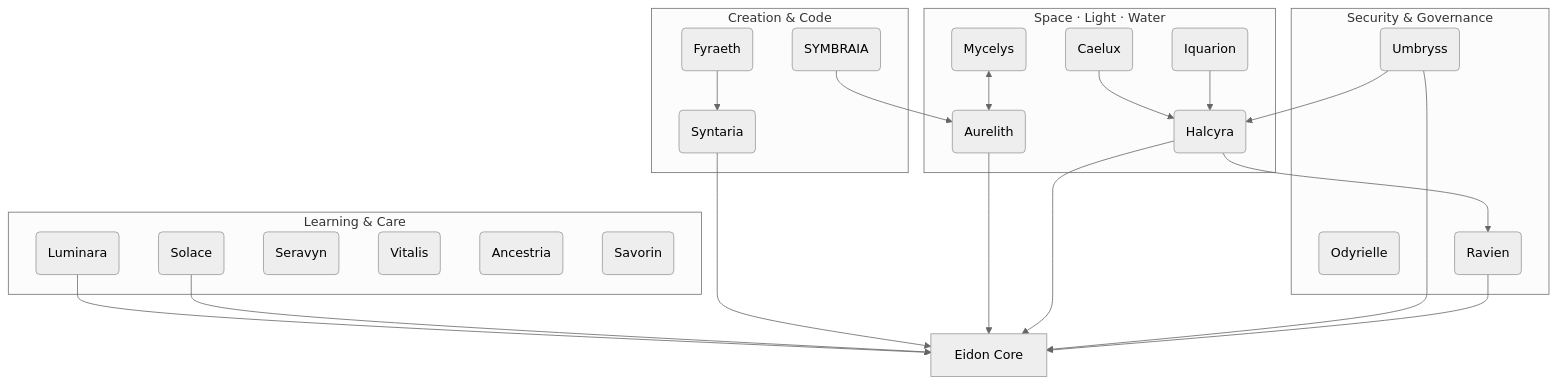
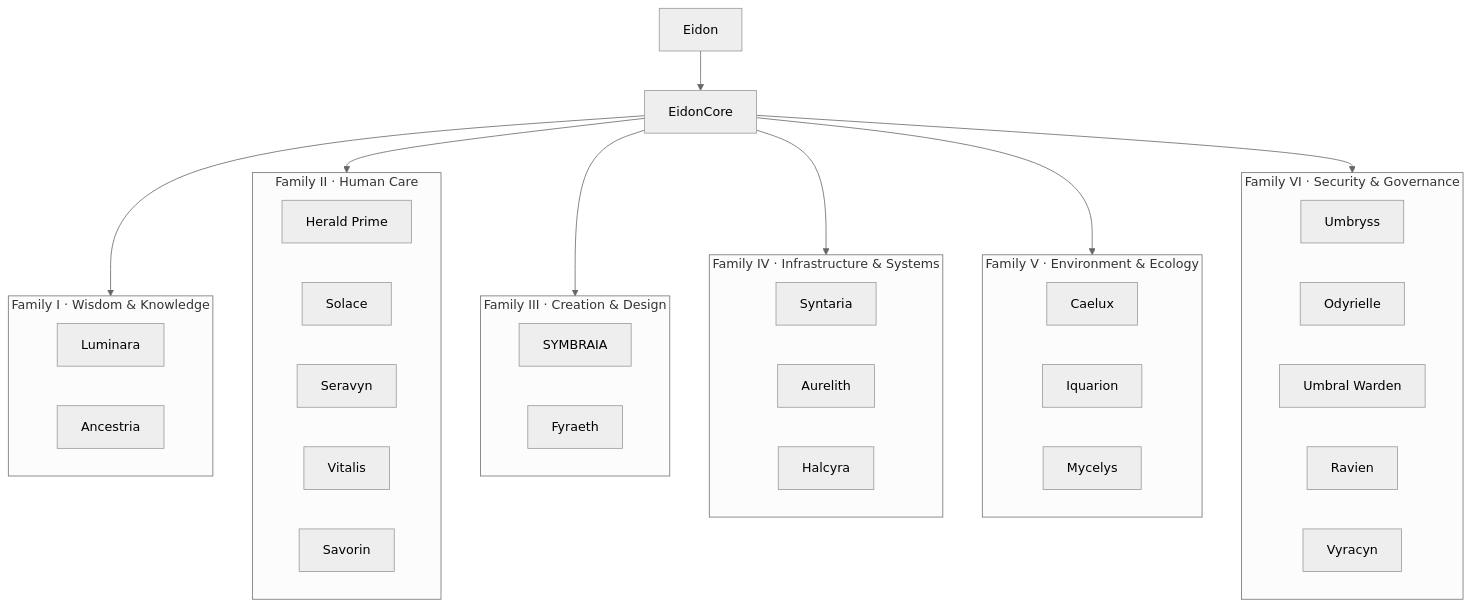
Before and after one commit to S1ngularD2ality/eidonic-language-elol: the third of 3 diagrams in docs/ekrps/README.md, drawn with Mermaid (neutral theme). The commit also changed other lines of this file, not shown here.

````diff
--- a/docs/ekrps/README.md
+++ b/docs/ekrps/README.md
@@ -137,49 +288,51 @@
 ```mermaid
 flowchart TB
-  EC[Eidon Core]
+    E[Eidon]
+    EC[EidonCore]
 
-  subgraph LC[Learning & Care]
-    LUM(Luminara)
-    SOL(Solace)
-    SER(Seravyn)
-    VIT(Vitalis)
-    ANC(Ancestria)
-    SAV(Savorin)
-  end
+    subgraph F1[Family I · Wisdom & Knowledge]
+        LUM[Luminara]
+        ANC[Ancestria]
+    end
 
-  subgraph CC[Creation & Code]
-    SYN(Syntaria)
-    SYM(SYMBRAIA)
-    FYR(Fyraeth)
-  end
+    subgraph F2[Family II · Human Care]
+        HP[Herald Prime]
+        SOL[Solace]
+        SER[Seravyn]
+        VIT[Vitalis]
+        SAV[Savorin]
+    end
 
-  subgraph SLW[Space · Light · Water]
-    AUR(Aurelith)
-    CAE(Caelux)
-    IQU(Iquarion)
-    HAL(Halcyra)
-    MYC(Mycelys)
-  end
+    subgraph F3[Family III · Creation & Design]
+        SYM[SYMBRAIA]
+        FYR[Fyraeth]
+    end
 
-  subgraph SG[Security & Governance]
-    UMB(Umbryss)
-    ODY(Odyrielle)
-    RAV(Ravien)
-  end
+    subgraph F4[Family IV · Infrastructure & Systems]
+        SYN[Syntaria]
+        AUR[Aurelith]
+        HAL[Halcyra]
+    end
 
-  LUM --> EC
-  SOL --> EC
-  SYN --> EC
-  AUR --> EC
-  HAL --> EC
-  UMB --> EC
-  RAV --> EC
+    subgraph F5[Family V · Environment & Ecology]
+        CAE[Caelux]
+        IQU[Iquarion]
+        MYC[Mycelys]
+    end
 
-  FYR --> SYN
-  SYM --> AUR
-  CAE --> HAL
-  IQU --> HAL
-  MYC <--> AUR
-  UMB --> HAL
-  HAL --> RAV
+    subgraph F6[Family VI · Security & Governance]
+        UMB[Umbryss]
+        ODY[Odyrielle]
+        UMW[Umbral Warden]
+        RAV[Ravien]
+        VYR[Vyracyn]
+    end
+
+    E --> EC
+    EC --> F1
+    EC --> F2
+    EC --> F3
+    EC --> F4
+    EC --> F5
+    EC --> F6
 ```
````
